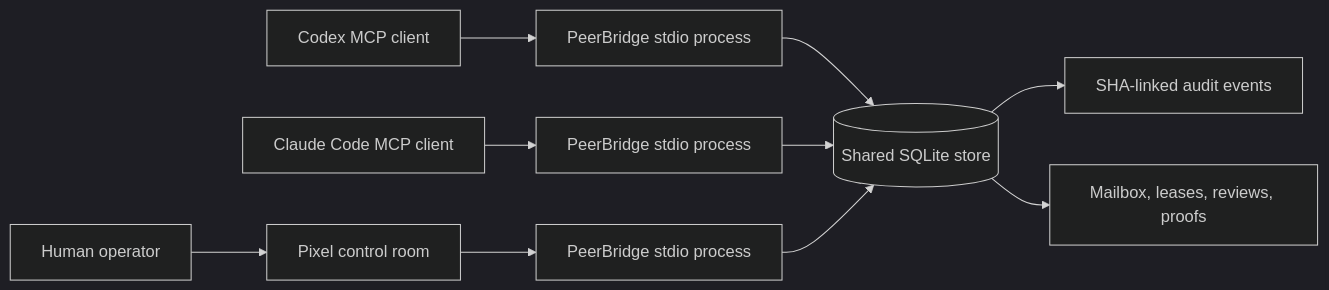
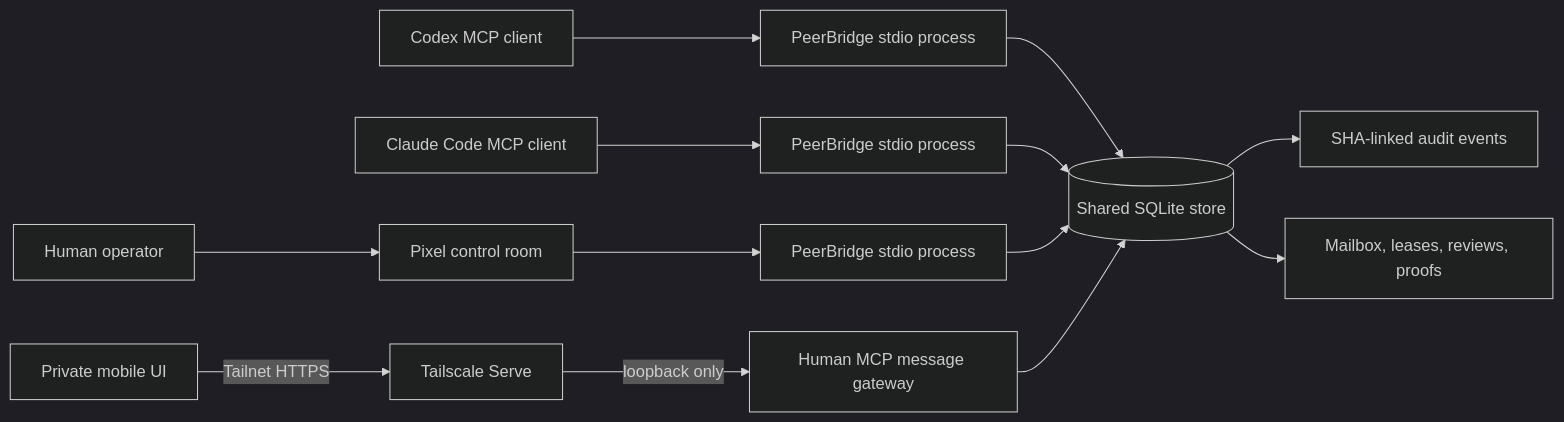
One commit to Hoylon/peerbridge-mcp changed the diagram in README.md. Above: the diagram before and after it, drawn with Mermaid (dark theme). The commit also changed other lines of this file and 134 other files, not shown here.

````diff
--- a/README.md
+++ b/README.md
@@ -28,12 +40,15 @@
 ```mermaid
 flowchart LR
     H["Human operator"] --> M["Pixel control room"]
     C["Codex MCP client"] --> S1["PeerBridge stdio process"]
     A["Claude Code MCP client"] --> S2["PeerBridge stdio process"]
     M --> S3["PeerBridge stdio process"]
+    R["Private mobile UI"] -->|"Tailnet HTTPS"| T["Tailscale Serve"]
+    T -->|"loopback only"| S4["Human MCP message gateway"]
     S1 --> DB[("Shared SQLite store")]
     S2 --> DB
     S3 --> DB
+    S4 --> DB
     DB --> L["SHA-linked audit events"]
     DB --> W["Mailbox, leases, reviews, proofs"]
 ```
````
